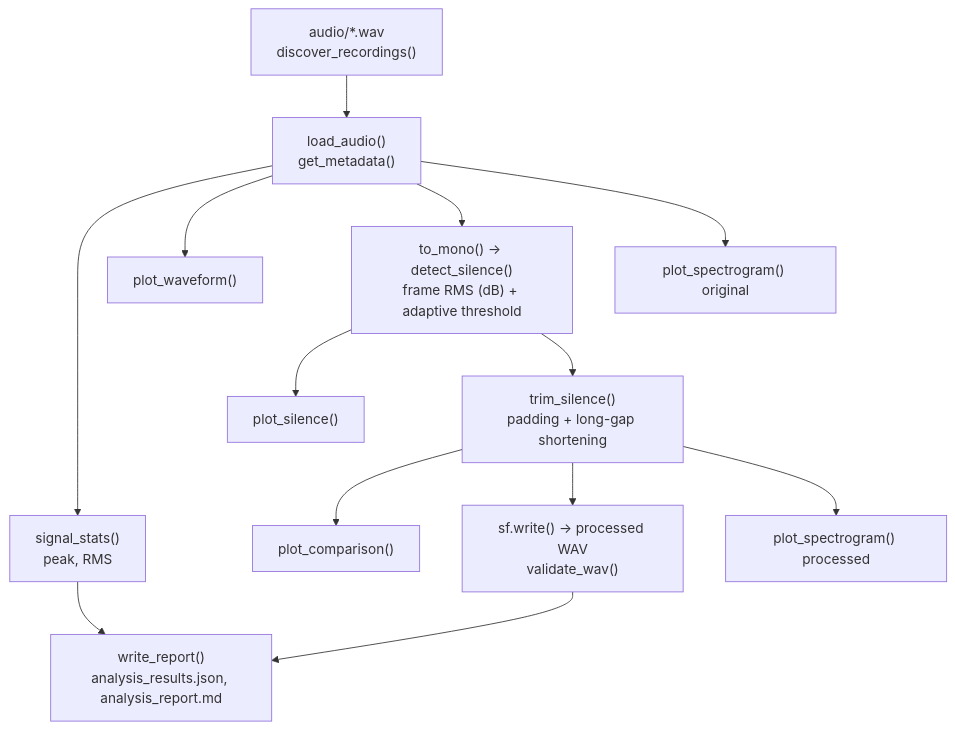
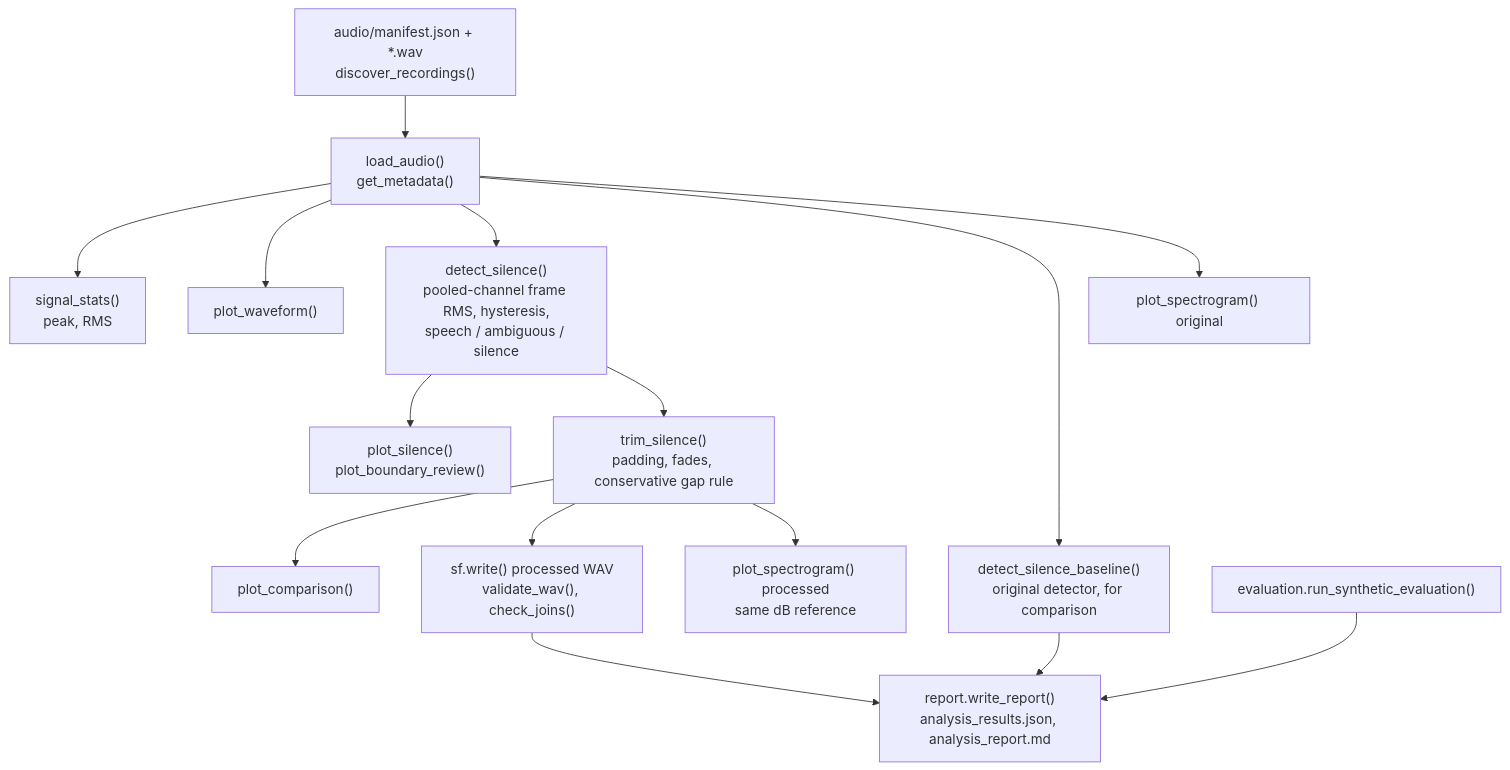
One commit to Naman21036/voice-signal-analysis changed the diagram in README.md. Above: the diagram before and after it, drawn with Mermaid. The commit also changed other lines of this file and 23 other files, not shown here.

````diff
--- a/README.md
+++ b/README.md
@@ -29,15 +28,17 @@
 ```mermaid
 flowchart TD
-    A["audio/*.wav<br/>discover_recordings()"] --> B["load_audio()<br/>get_metadata()"]
+    A["audio/manifest.json + *.wav<br/>discover_recordings()"] --> B["load_audio()<br/>get_metadata()"]
     B --> C["signal_stats()<br/>peak, RMS"]
     B --> D["plot_waveform()"]
-    B --> E["to_mono() → detect_silence()<br/>frame RMS (dB) + adaptive threshold"]
-    E --> F["plot_silence()"]
-    E --> G["trim_silence()<br/>padding + long-gap shortening"]
+    B --> E["detect_silence()<br/>pooled-channel frame RMS, hysteresis,<br/>speech / ambiguous / silence"]
+    B --> E0["detect_silence_baseline()<br/>original detector, for comparison"]
+    E --> F["plot_silence()<br/>plot_boundary_review()"]
+    E --> G["trim_silence()<br/>padding, fades, conservative gap rule"]
     G --> H["plot_comparison()"]
-    G --> I["sf.write() → processed WAV<br/>validate_wav()"]
+    G --> I["sf.write() processed WAV<br/>validate_wav(), check_joins()"]
     B --> J["plot_spectrogram() original"]
-    G --> K["plot_spectrogram() processed"]
-    C --> L["write_report()<br/>analysis_results.json, analysis_report.md"]
-    I --> L
+    G --> K["plot_spectrogram() processed<br/>same dB reference"]
+    X["evaluation.run_synthetic_evaluation()"] --> L
+    E0 --> L
+    I --> L["report.write_report()<br/>analysis_results.json, analysis_report.md"]
 ```
````
